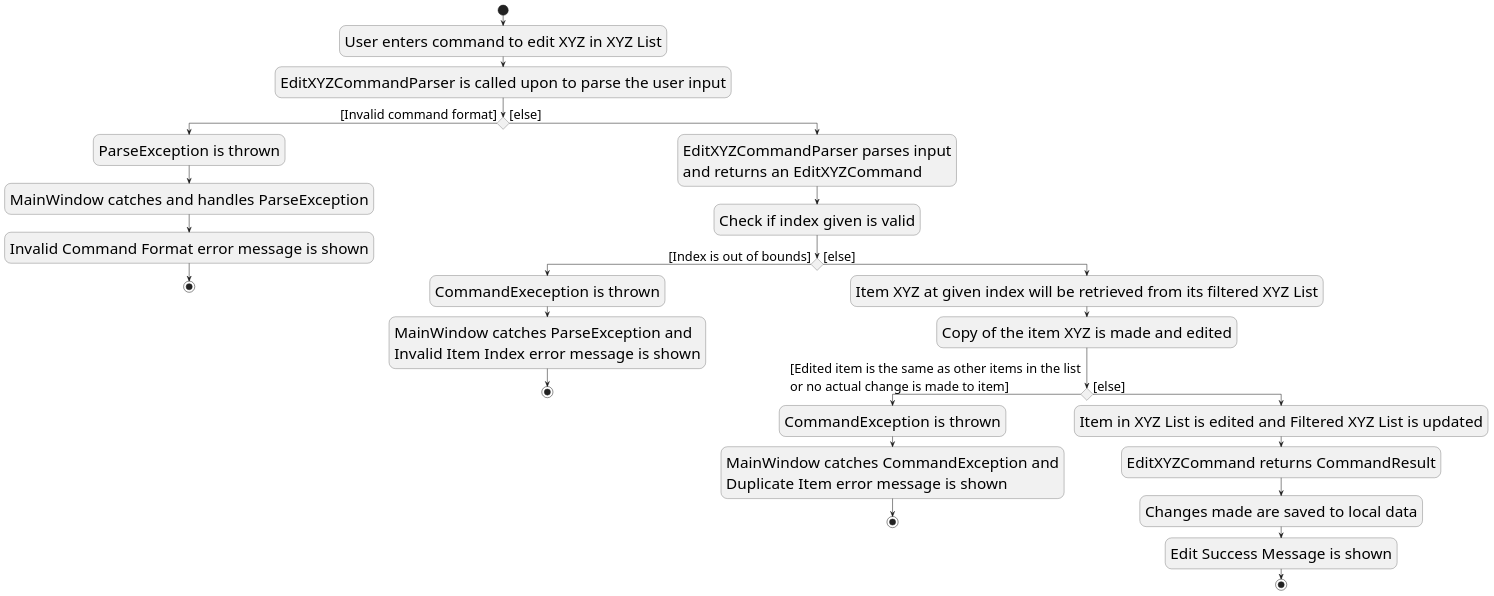
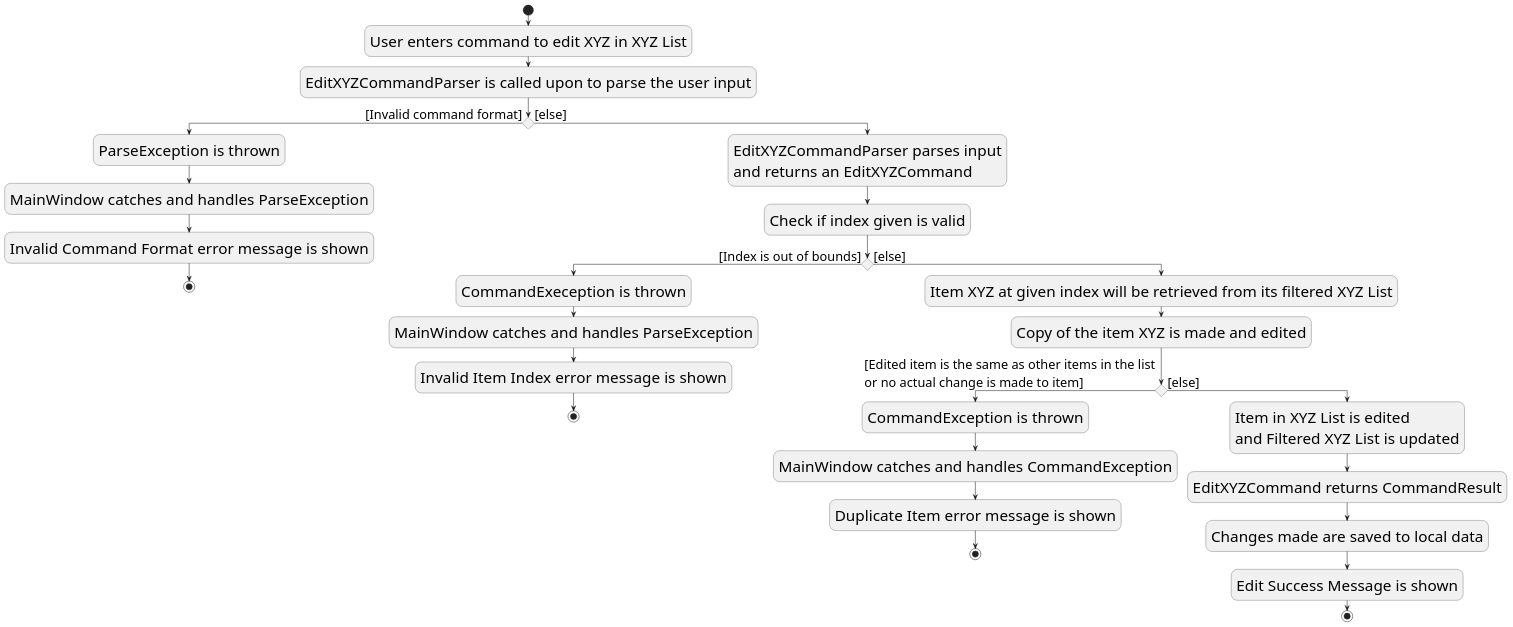
Before and after one commit to nus-cs2103-AY2223S2/tp: the diagram in docs/diagrams/EditCommandActivityDiagram.puml, drawn with PlantUML. The commit also changed 1 other file, not shown here.

Commit message:
Minor cosmetic changes to activity diagram

```diff
--- a/docs/diagrams/EditCommandActivityDiagram.puml
+++ b/docs/diagrams/EditCommandActivityDiagram.puml
@@ -1,41 +1,42 @@
 @startuml
 skinparam activityFontSize 30
 skinparam activityArrowFontSize 25
 
 start
 :User enters command to edit XYZ in XYZ List;
 :EditXYZCommandParser is called upon to parse the user input;
 if () then ([Invalid command format])
   :ParseException is thrown;
   :MainWindow catches and handles ParseException;
   :Invalid Command Format error message is shown;
   stop
 else ([else])
 :EditXYZCommandParser parses input
 and returns an EditXYZCommand;
 :Check if index given is valid;
 
 if () then ([Index is out of bounds])
     :CommandExeception is thrown;
-    :MainWindow catches ParseException and
-    Invalid Item Index error message is shown;
+    :MainWindow catches and handles ParseException;
+    :Invalid Item Index error message is shown;
     stop
 else ([else])
 :Item XYZ at given index will be retrieved from its filtered XYZ List;
 :Copy of the item XYZ is made and edited;
 
 if () then ([Edited item is the same as other items in the list
 or no actual change is made to item])
 :CommandException is thrown;
-:MainWindow catches CommandException and
-Duplicate Item error message is shown;
+:MainWindow catches and handles CommandException;
+:Duplicate Item error message is shown;
 stop
 
 else ([else])
-:Item in XYZ List is edited and Filtered XYZ List is updated;
+:Item in XYZ List is edited
+and Filtered XYZ List is updated;
 :EditXYZCommand returns CommandResult;
 :Changes made are saved to local data;
 :Edit Success Message is shown;
 stop
 
 @enduml
```
